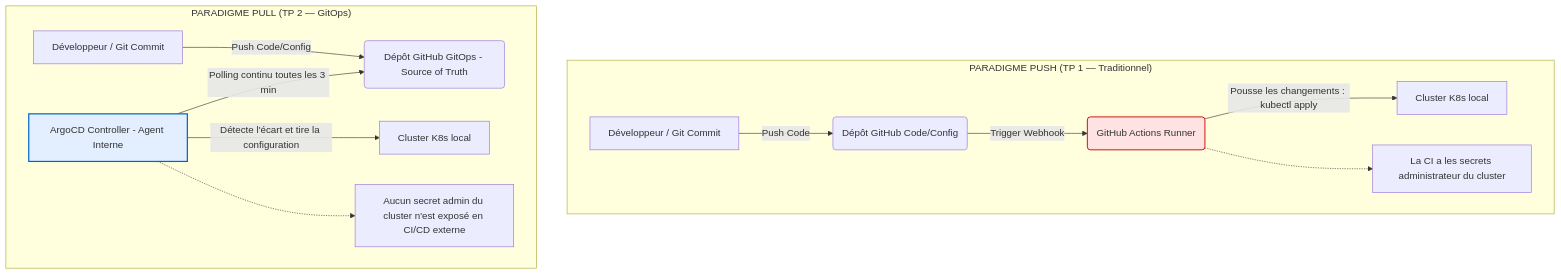
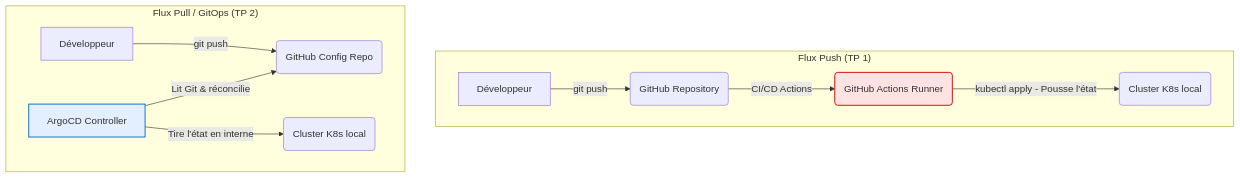
Before and after one commit to alexisprk/tp-argocd: the diagram in RAPPORT.md, drawn with Mermaid. The commit also changed other lines of this file and 1 other file, not shown here.

````diff
--- a/RAPPORT.md
+++ b/RAPPORT.md
@@ -35,21 +32,17 @@
 ```mermaid
 graph TD
-    subgraph "PARADIGME PUSH (TP 1 — Traditionnel)"
-        A[Développeur / Git Commit] -->|Push Code| B(Dépôt GitHub Code/Config)
-        B -->|Trigger Webhook| C(GitHub Actions Runner)
-        C -->|Pousse les changements : kubectl apply| D[Cluster K8s local]
-        note1[La CI a les secrets administrateur du cluster]
-        C -.-> note1
+    subgraph "Flux Push (TP 1)"
+        A[Développeur] -->|git push| B(GitHub Repository)
+        B -->|CI/CD Actions| C(GitHub Actions Runner)
+        C -->|kubectl apply - Pousse l'état| D(Cluster K8s local)
     end
 
-    subgraph "PARADIGME PULL (TP 2 — GitOps)"
-        E[Développeur / Git Commit] -->|Push Code/Config| F(Dépôt GitHub GitOps - Source of Truth)
-        H[ArgoCD Controller - Agent Interne] -->|Polling continu toutes les 3 min| F
-        H -->|Détecte l'écart et tire la configuration| G[Cluster K8s local]
-        note2[Aucun secret admin du cluster n'est exposé en CI/CD externe]
-        H -.-> note2
+    subgraph "Flux Pull / GitOps (TP 2)"
+        E[Développeur] -->|git push| F(GitHub Config Repo)
+        G[ArgoCD Controller] -->|Lit Git & réconcilie| F
+        G -->|Tire l'état en interne| H(Cluster K8s local)
     end
 
     style C fill:#ffe3e3,stroke:#cc0000,stroke-width:1.5px
-    style H fill:#e3efff,stroke:#0066cc,stroke-width:2px
+    style G fill:#e3efff,stroke:#0066cc,stroke-width:1.5px
 ```
````
